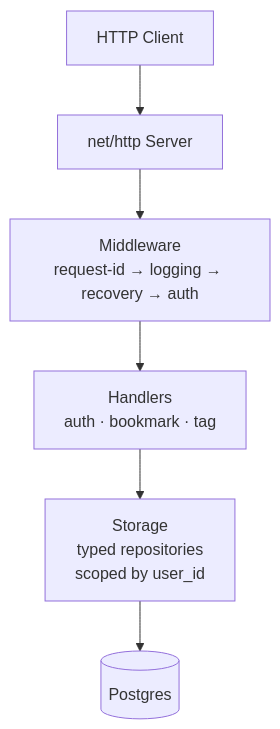
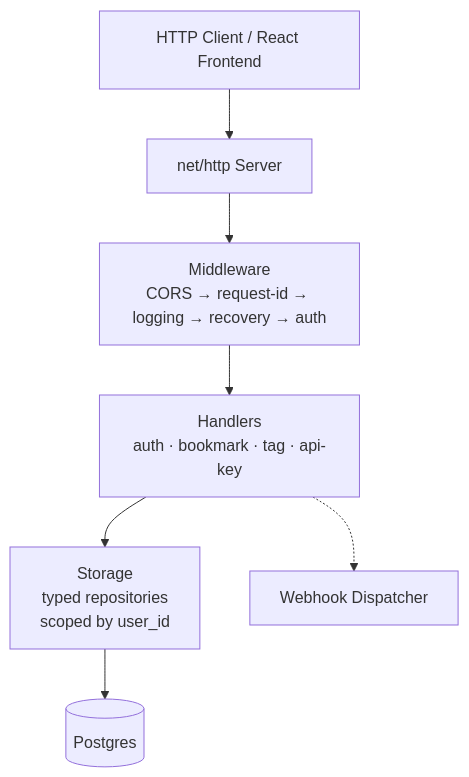
Before and after one commit to Carlos20052030/bookmarks-api: the diagram in docs/architecture.md, drawn with Mermaid. The commit also changed other lines of this file and 12 other files, not shown here.

Commit message:
docs: update all docs to v1.1 reflecting api keys, cors and nuntix integration

````diff
--- a/docs/architecture.md
+++ b/docs/architecture.md
@@ -14,11 +14,13 @@
 ```mermaid
 flowchart TD
-    Client[HTTP Client]
+    Client[HTTP Client / React Frontend]
     Server[net/http Server]
-    MW["Middleware<br/>request-id → logging → recovery → auth"]
-    Handlers["Handlers<br/>auth · bookmark · tag"]
+    MW["Middleware<br/>CORS → request-id → logging → recovery → auth"]
+    Handlers["Handlers<br/>auth · bookmark · tag · api-key"]
     Storage["Storage<br/>typed repositories<br/>scoped by user_id"]
     DB[(Postgres)]
+    Disp[Webhook Dispatcher]
 
     Client --> Server --> MW --> Handlers --> Storage --> DB
+    Handlers -.-> Disp
 ```
````
